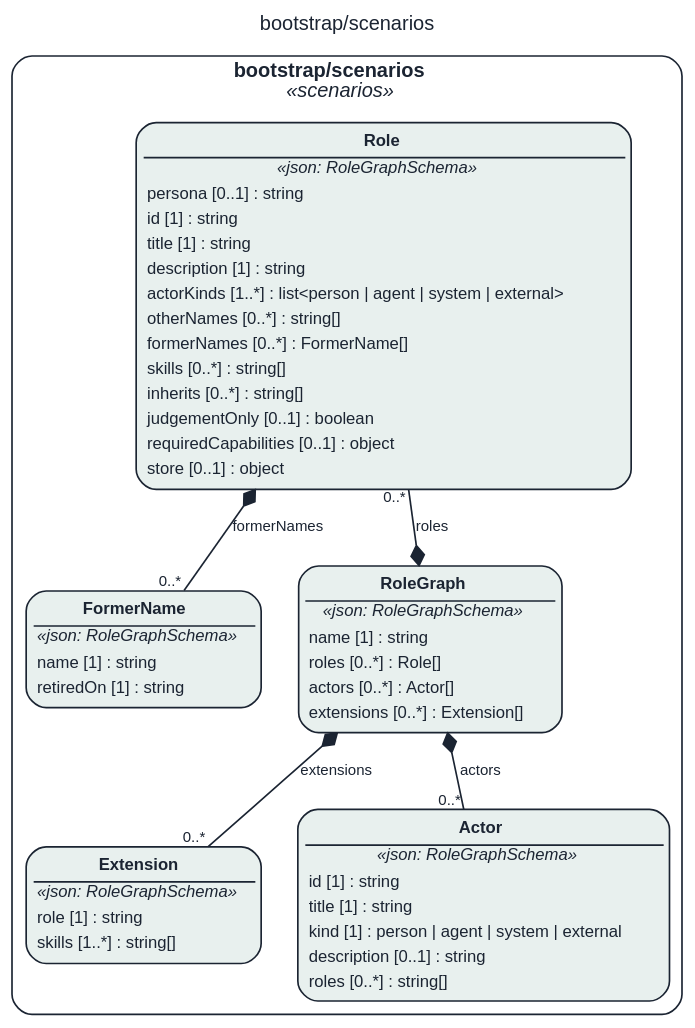
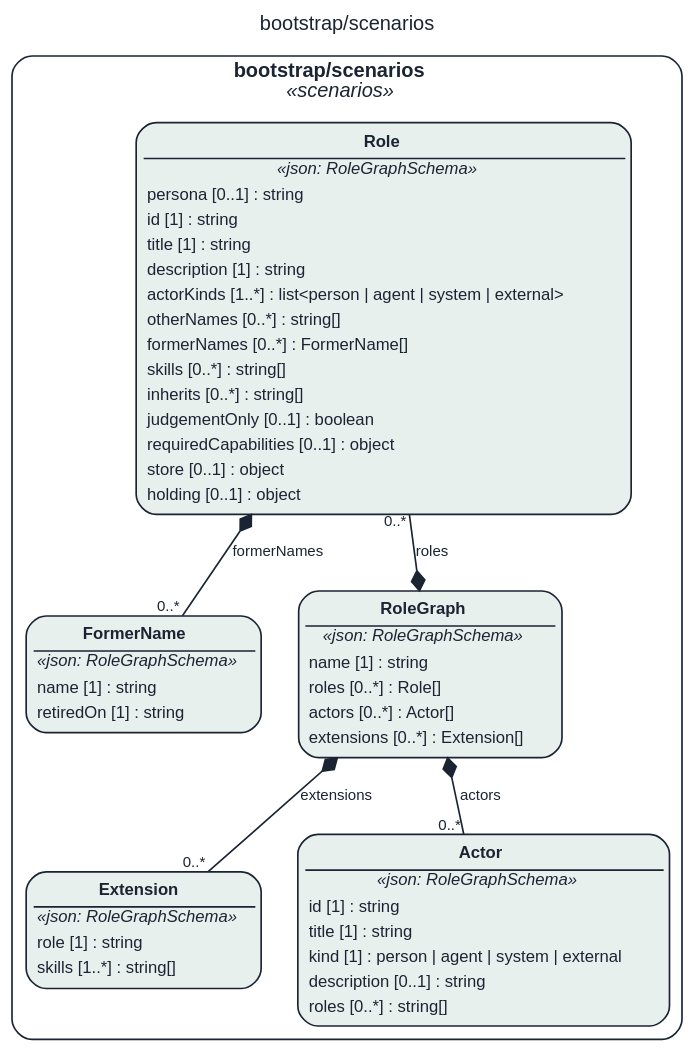
The diagram in assets/img/uml/overview/bootstrap/scenarios.dot (litlfred/folio-assistant), drawn with Graphviz before and after one commit. The commit also changed 9586 other files, not shown here.

```diff
--- a/assets/img/uml/overview/bootstrap/scenarios.dot
+++ b/assets/img/uml/overview/bootstrap/scenarios.dot
@@ -1,21 +1,21 @@
 // GENERATED by cat-harness-tools/scripts/gen-uml-overview.ts — do not edit.
 // Rendered page (interactive view, same model): https://litlfred.github.io/folio-assistant/uml/overview/bootstrap/scenarios.html
 digraph "bootstrap_scenarios" {
   graph [label="bootstrap/scenarios", labelloc=t, fontname="Helvetica", fontsize=12, fontcolor="#1b2432", newrank=true, ratio=auto, nodesep=0.3, ranksep=0.5, bgcolor="transparent"];
   node [shape=box, style="rounded,filled", margin=0.05, fontname="Helvetica", fontsize=10, color="#1b2432", fontcolor="#1b2432"];
   edge [color="#1b2432", fontcolor="#1b2432", fontname="Helvetica", fontsize=9];
   subgraph "cluster_pkg_bootstrap_scenarios" {
     label=<<b>bootstrap/scenarios</b><br/><i>«scenarios»</i>>; style="rounded"; color="#1b2432"; class="fa_uml_subgraph";
     "bootstrap_scenarios_FormerName" [fillcolor="#e8f0ee", class="fa_uml_kind_scenarios", label=<<table border="0" cellborder="0" cellspacing="0" cellpadding="2"><tr><td border="1" sides="b"><b>FormerName</b></td></tr><tr><td><i>«json: RoleGraphSchema»</i></td></tr><tr><td align="left">name [1] : string</td></tr><tr><td align="left">retiredOn [1] : string</td></tr></table>>];
-    "bootstrap_scenarios_Role" [fillcolor="#e8f0ee", class="fa_uml_kind_scenarios", label=<<table border="0" cellborder="0" cellspacing="0" cellpadding="2"><tr><td border="1" sides="b"><b>Role</b></td></tr><tr><td><i>«json: RoleGraphSchema»</i></td></tr><tr><td align="left">persona [0..1] : string</td></tr><tr><td align="left">id [1] : string</td></tr><tr><td align="left">title [1] : string</td></tr><tr><td align="left">description [1] : string</td></tr><tr><td align="left">actorKinds [1..*] : list&lt;person | agent | system | external&gt;</td></tr><tr><td align="left">otherNames [0..*] : string[]</td></tr><tr><td align="left">formerNames [0..*] : FormerName[]</td></tr><tr><td align="left">skills [0..*] : string[]</td></tr><tr><td align="left">inherits [0..*] : string[]</td></tr><tr><td align="left">judgementOnly [0..1] : boolean</td></tr><tr><td align="left">requiredCapabilities [0..1] : object</td></tr><tr><td align="left">store [0..1] : object</td></tr></table>>];
+    "bootstrap_scenarios_Role" [fillcolor="#e8f0ee", class="fa_uml_kind_scenarios", label=<<table border="0" cellborder="0" cellspacing="0" cellpadding="2"><tr><td border="1" sides="b"><b>Role</b></td></tr><tr><td><i>«json: RoleGraphSchema»</i></td></tr><tr><td align="left">persona [0..1] : string</td></tr><tr><td align="left">id [1] : string</td></tr><tr><td align="left">title [1] : string</td></tr><tr><td align="left">description [1] : string</td></tr><tr><td align="left">actorKinds [1..*] : list&lt;person | agent | system | external&gt;</td></tr><tr><td align="left">otherNames [0..*] : string[]</td></tr><tr><td align="left">formerNames [0..*] : FormerName[]</td></tr><tr><td align="left">skills [0..*] : string[]</td></tr><tr><td align="left">inherits [0..*] : string[]</td></tr><tr><td align="left">judgementOnly [0..1] : boolean</td></tr><tr><td align="left">requiredCapabilities [0..1] : object</td></tr><tr><td align="left">store [0..1] : object</td></tr><tr><td align="left">holding [0..1] : object</td></tr></table>>];
     "bootstrap_scenarios_Actor" [fillcolor="#e8f0ee", class="fa_uml_kind_scenarios", label=<<table border="0" cellborder="0" cellspacing="0" cellpadding="2"><tr><td border="1" sides="b"><b>Actor</b></td></tr><tr><td><i>«json: RoleGraphSchema»</i></td></tr><tr><td align="left">id [1] : string</td></tr><tr><td align="left">title [1] : string</td></tr><tr><td align="left">kind [1] : person | agent | system | external</td></tr><tr><td align="left">description [0..1] : string</td></tr><tr><td align="left">roles [0..*] : string[]</td></tr></table>>];
     "bootstrap_scenarios_Extension" [fillcolor="#e8f0ee", class="fa_uml_kind_scenarios", label=<<table border="0" cellborder="0" cellspacing="0" cellpadding="2"><tr><td border="1" sides="b"><b>Extension</b></td></tr><tr><td><i>«json: RoleGraphSchema»</i></td></tr><tr><td align="left">role [1] : string</td></tr><tr><td align="left">skills [1..*] : string[]</td></tr></table>>];
     "bootstrap_scenarios_RoleGraph" [fillcolor="#e8f0ee", class="fa_uml_kind_scenarios", label=<<table border="0" cellborder="0" cellspacing="0" cellpadding="2"><tr><td border="1" sides="b"><b>RoleGraph</b></td></tr><tr><td><i>«json: RoleGraphSchema»</i></td></tr><tr><td align="left">name [1] : string</td></tr><tr><td align="left">roles [0..*] : Role[]</td></tr><tr><td align="left">actors [0..*] : Actor[]</td></tr><tr><td align="left">extensions [0..*] : Extension[]</td></tr></table>>];
   }
   "bootstrap_scenarios_Role" -> "bootstrap_scenarios_FormerName" [dir=both, arrowtail=diamond, arrowhead=none, label="formerNames", headlabel="0..*", class="fa_uml_composition"];
   "bootstrap_scenarios_RoleGraph" -> "bootstrap_scenarios_Role" [dir=both, arrowtail=diamond, arrowhead=none, label="roles", headlabel="0..*", class="fa_uml_composition"];
   "bootstrap_scenarios_RoleGraph" -> "bootstrap_scenarios_Actor" [dir=both, arrowtail=diamond, arrowhead=none, label="actors", headlabel="0..*", class="fa_uml_composition"];
   "bootstrap_scenarios_RoleGraph" -> "bootstrap_scenarios_Extension" [dir=both, arrowtail=diamond, arrowhead=none, label="extensions", headlabel="0..*", class="fa_uml_composition"];
   "bootstrap_scenarios_FormerName" -> "bootstrap_scenarios_Extension" [style=invis, class="kg-graph-anchor"];
   "bootstrap_scenarios_Role" -> "bootstrap_scenarios_RoleGraph" [style=invis, class="kg-graph-anchor"];
 }
```
